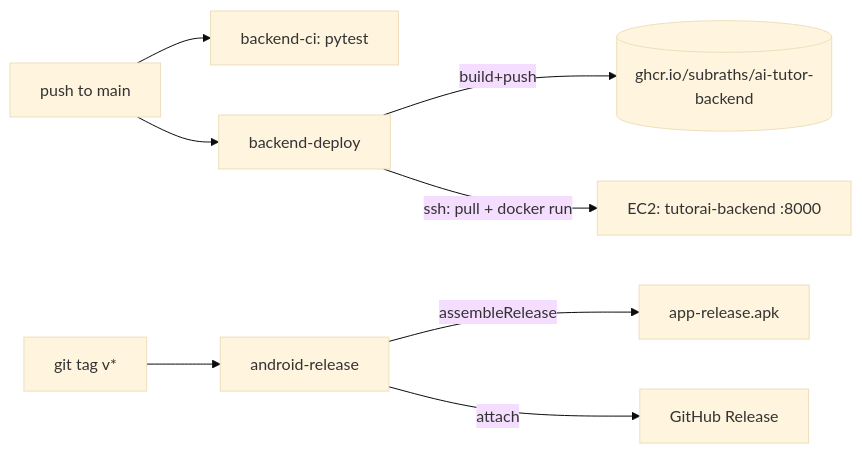
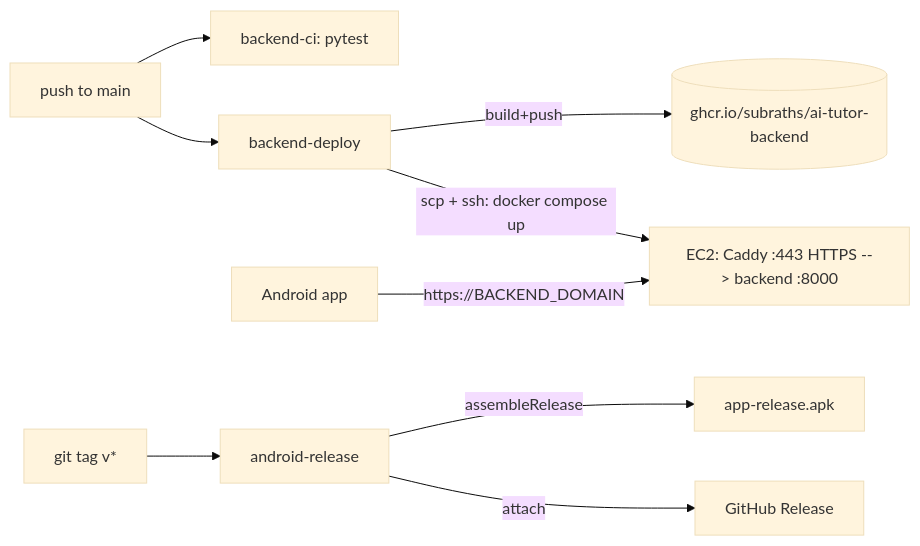
The diagram in docs/09-cicd.md (subraths/ai-tutor), drawn with Mermaid (base theme) before and after one commit. The commit also changed other lines of this file and 4 other files, not shown here.

First line of the commit message:
deploy: front backend with Caddy for automatic HTTPS

````diff
--- a/docs/09-cicd.md
+++ b/docs/09-cicd.md
@@ -15,10 +15,11 @@
 ```mermaid
 flowchart LR
     Dev[push to main] --> BCI[backend-ci: pytest]
     Dev --> BD[backend-deploy]
     BD -->|build+push| GHCR[(ghcr.io/subraths/ai-tutor-backend)]
-    BD -->|ssh: pull + docker run| EC2[EC2: tutorai-backend :8000]
+    BD -->|scp + ssh: docker compose up| EC2[EC2: Caddy :443 HTTPS --> backend :8000]
+    Phone[Android app] -->|https://BACKEND_DOMAIN| EC2
     Tag[git tag v*] --> AR[android-release]
     AR -->|assembleRelease| APK[app-release.apk]
     AR -->|attach| REL[GitHub Release]
 ```
````
